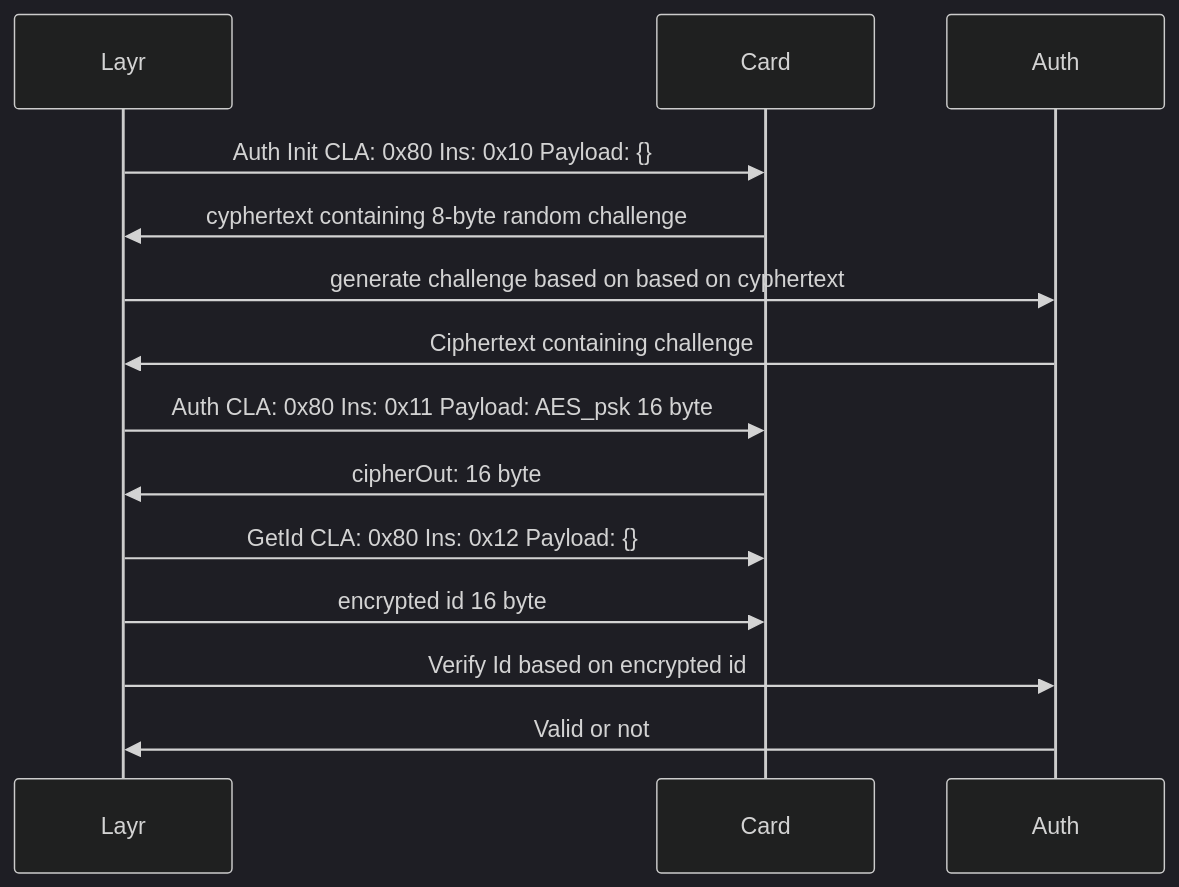
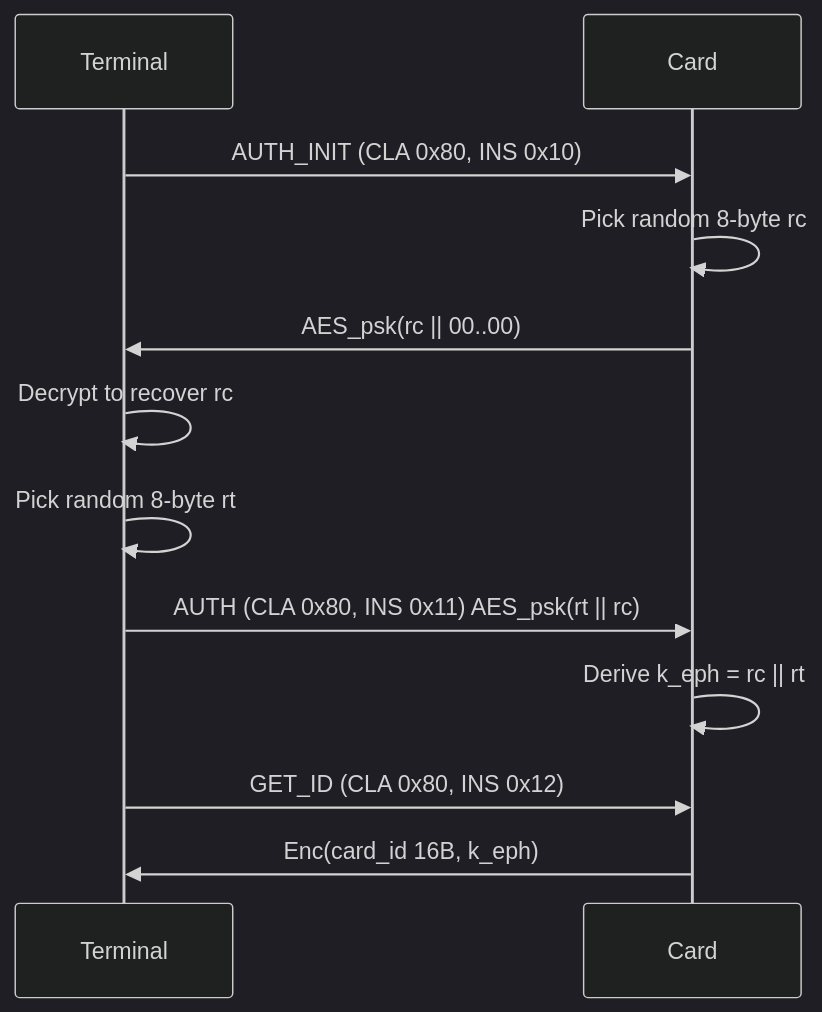
Before and after one commit to lild4d4/layer: the second of 2 diagrams in layr/layr/Layr/README.md, drawn with Mermaid (dark theme). The commit also changed 1 other file, not shown here.

Commit message:
add layr docs

````diff
--- a/layr/layr/Layr/README.md
+++ b/layr/layr/Layr/README.md
@@ -15,16 +15,20 @@
 ```mermaid
 sequenceDiagram
-    Layr->>Card: Auth Init CLA: 0x80 Ins: 0x10 Payload: {}
-    Card->>Layr: cyphertext containing 8-byte random challenge
+    participant T as Terminal
+    participant C as Card
 
-    Layr->>Auth: generate challenge based on based on cyphertext
-    Auth->>Layr: Ciphertext containing challenge
+    %% AUTH_INIT
+    T->>C: AUTH_INIT (CLA 0x80, INS 0x10)
+    C->>C: Pick random 8-byte rc
+    C->>T: AES_psk(rc || 00..00)
 
-    Layr->>Card: Auth CLA: 0x80 Ins: 0x11 Payload: AES_psk 16 byte
-    Card->>Layr: cipherOut: 16 byte
-    Layr->>Card: GetId CLA: 0x80 Ins: 0x12 Payload: {}
-    Layr->>Card: encrypted id 16 byte
+    %% AUTH
+    T->>T: Decrypt to recover rc
+    T->>T: Pick random 8-byte rt
+    T->>C: AUTH (CLA 0x80, INS 0x11) AES_psk(rt || rc)
 
-    Layr->>Auth: Verify Id based on encrypted id
-    Auth->>Layr: Valid or not
+    %% GET_ID
+    C->>C: Derive k_eph = rc || rt
+    T->>C: GET_ID (CLA 0x80, INS 0x12)
+    C->>T: Enc(card_id 16B, k_eph)
 ```
````
